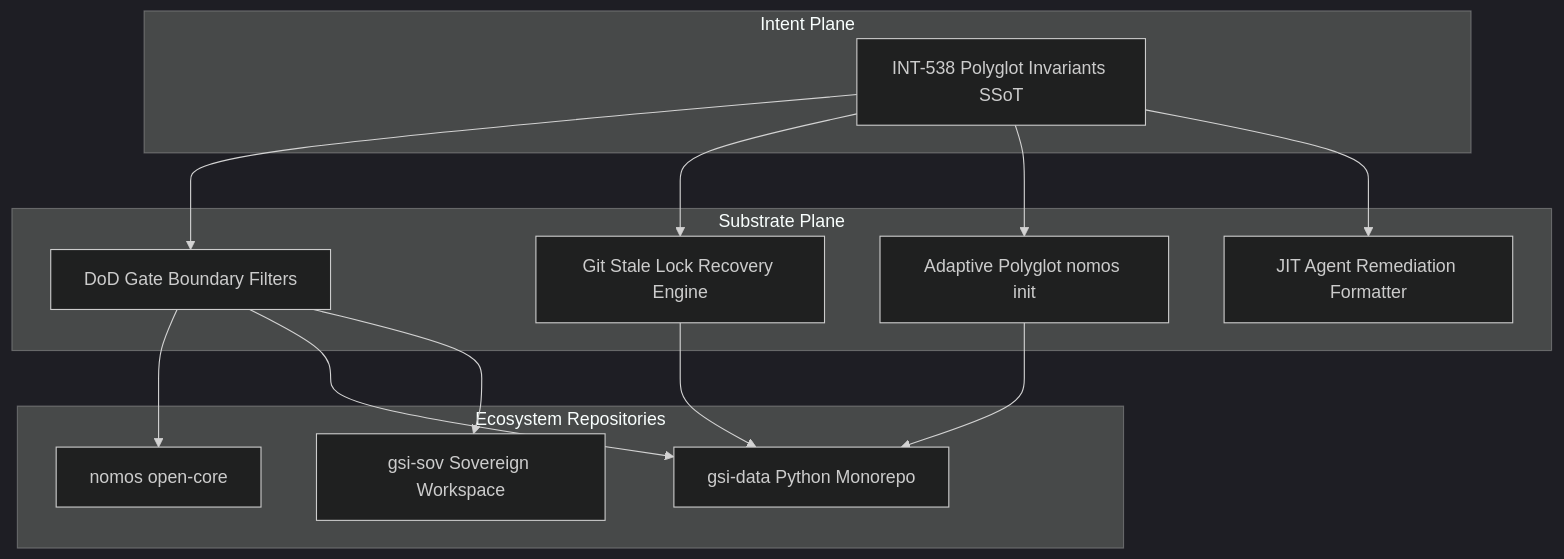
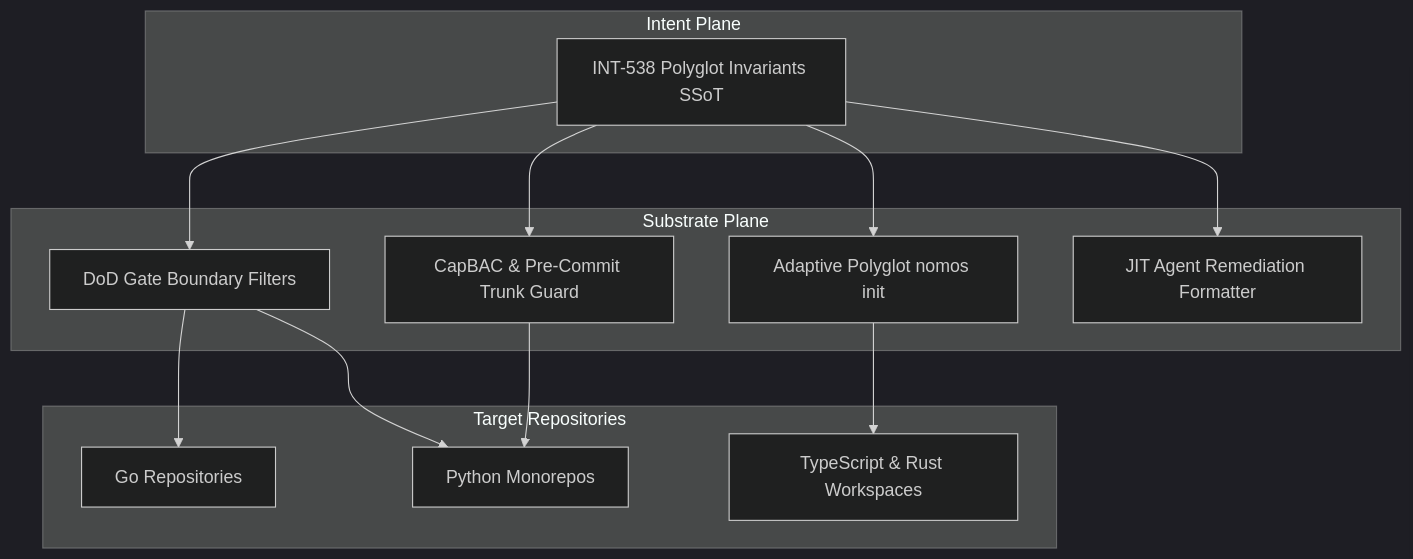
The diagram in intent/architecture/specs/substrate/polyglot_execution_invariants.md (mgantlett/nomos), drawn with Mermaid (dark theme) before and after one commit. The commit also changed other lines of this file and 14 other files, not shown here.

````diff
--- a/intent/architecture/specs/substrate/polyglot_execution_invariants.md
+++ b/intent/architecture/specs/substrate/polyglot_execution_invariants.md
@@ -131,30 +95,29 @@
 ```mermaid
 graph TD
     subgraph Intent Plane
         INT[INT-538 Polyglot Invariants SSoT]
     end
 
     subgraph Substrate Plane
         GATE[DoD Gate Boundary Filters]
-        LOCK[Git Stale Lock Recovery Engine]
+        LOCK[CapBAC & Pre-Commit Trunk Guard]
         INIT[Adaptive Polyglot nomos init]
         HINT[JIT Agent Remediation Formatter]
     end
 
-    subgraph Ecosystem Repositories
-        OPEN[nomos open-core]
-        DATA[gsi-data Python Monorepo]
-        SOV[gsi-sov Sovereign Workspace]
+    subgraph Target Repositories
+        GO[Go Repositories]
+        PY[Python Monorepos]
+        TS[TypeScript & Rust Workspaces]
     end
 
     INT --> GATE
     INT --> LOCK
     INT --> INIT
     INT --> HINT
 
-    GATE --> OPEN
-    GATE --> DATA
-    LOCK --> DATA
-    INIT --> DATA
-    GATE --> SOV
+    GATE --> GO
+    GATE --> PY
+    LOCK --> PY
+    INIT --> TS
 ```
````
